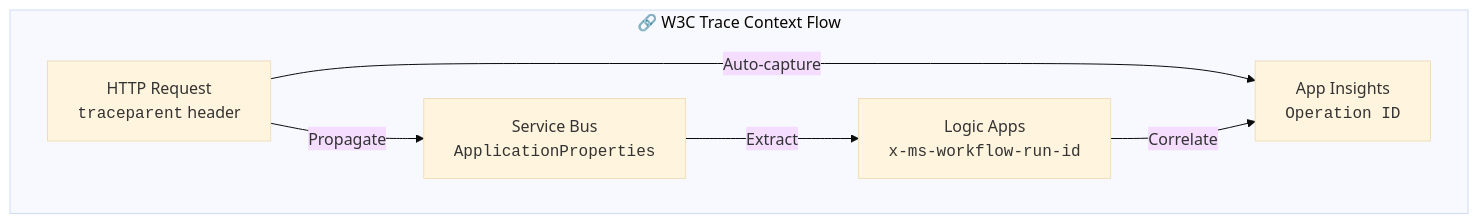
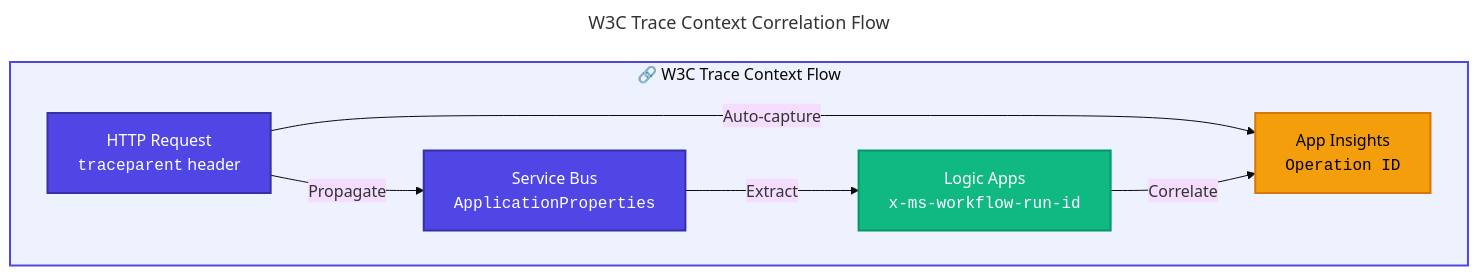
One commit to Evilazaro/Azure-LogicApps-Monitoring changed the sixth of 6 diagrams in docs/architecture/02-data-architecture.md. Above: the diagram before and after it, drawn with Mermaid (base theme). The commit also changed other lines of this file, not shown here.

Commit message:
refactor: Enhance data architecture documentation with improved diagrams, connections, and class definitions

````diff
--- a/docs/architecture/02-data-architecture.md
+++ b/docs/architecture/02-data-architecture.md
@@ -456,15 +503,33 @@
 ```mermaid
+---
+title: W3C Trace Context Correlation Flow
+---
 flowchart LR
+    %% ===== TRACE CONTEXT FLOW =====
     subgraph TraceContext["🔗 W3C Trace Context Flow"]
         direction LR
         HTTP["HTTP Request<br/><code>traceparent</code> header"]
         SB["Service Bus<br/><code>ApplicationProperties</code>"]
         LA["Logic Apps<br/><code>x-ms-workflow-run-id</code>"]
         AI["App Insights<br/><code>Operation ID</code>"]
     end
 
+    %% ===== CONNECTIONS =====
     HTTP -->|"Propagate"| SB
     SB -->|"Extract"| LA
     HTTP -->|"Auto-capture"| AI
     LA -->|"Correlate"| AI
+
+    %% ===== CLASS DEFINITIONS =====
+    classDef primary fill:#4F46E5,stroke:#3730A3,color:#FFFFFF,stroke-width:2px
+    classDef secondary fill:#10B981,stroke:#059669,color:#FFFFFF,stroke-width:2px
+    classDef datastore fill:#F59E0B,stroke:#D97706,color:#000000,stroke-width:2px
+
+    %% ===== CLASS ASSIGNMENTS =====
+    class HTTP,SB primary
+    class LA secondary
+    class AI datastore
+
+    %% ===== SUBGRAPH STYLES =====
+    style TraceContext fill:#EEF2FF,stroke:#4F46E5,stroke-width:2px
 ```
````
